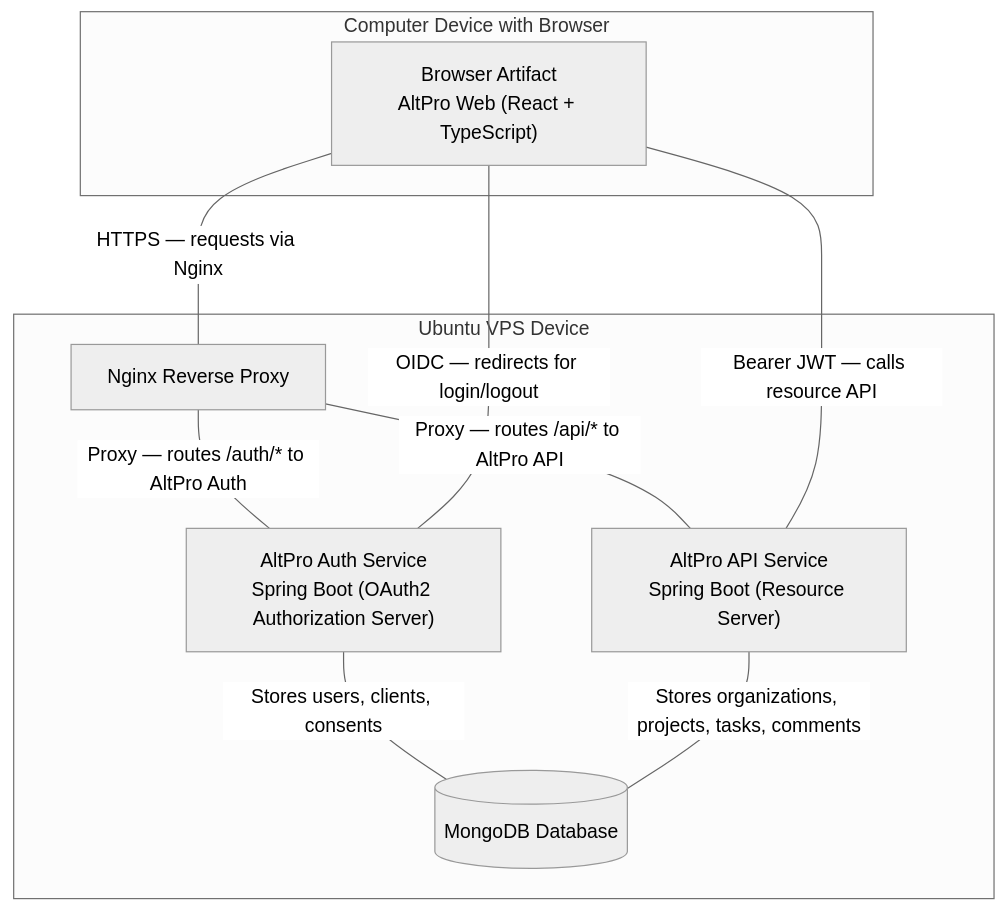
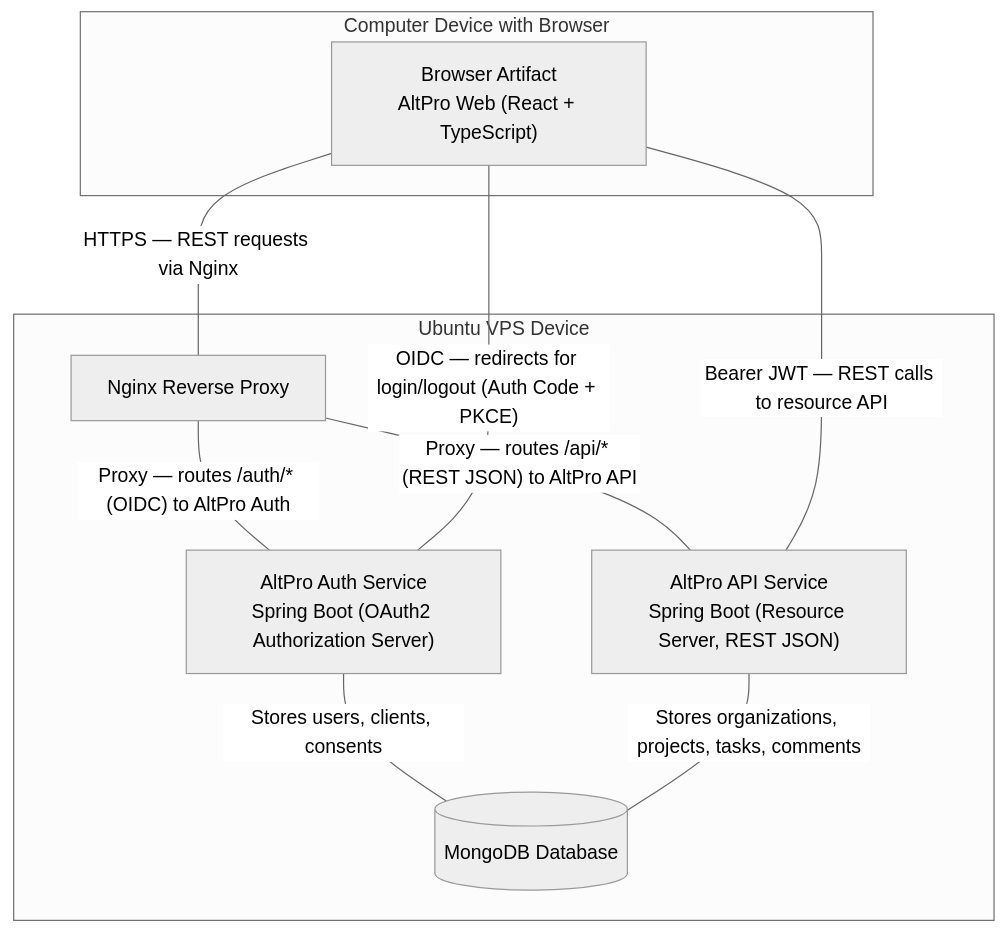
Before and after one commit to TaurasGG/altpro: the first of 10 diagrams in README.md, drawn with Mermaid (neutral theme). The commit also changed other lines of this file, not shown here.

````diff
--- a/README.md
+++ b/README.md
@@ -42,21 +42,21 @@
 ```mermaid
 flowchart TD
     subgraph Client_Device["Computer Device with Browser"]
         Browser["Browser Artifact\nAltPro Web (React + TypeScript)"]
     end
 
     subgraph Ubuntu_VPS["Ubuntu VPS Device"]
         Nginx["Nginx Reverse Proxy"]
         Auth["AltPro Auth Service\nSpring Boot (OAuth2 Authorization Server)"]
-        API["AltPro API Service\nSpring Boot (Resource Server)"]
+        API["AltPro API Service\nSpring Boot (Resource Server, REST JSON)"]
         MongoDB[("MongoDB Database")]
     end
 
-    Browser ---|"HTTPS — requests via Nginx"| Nginx
-    Nginx ---|"Proxy — routes /auth/* to AltPro Auth"| Auth
-    Nginx ---|"Proxy — routes /api/* to AltPro API"| API
+    Browser ---|"HTTPS — REST requests via Nginx"| Nginx
+    Nginx ---|"Proxy — routes /auth/* (OIDC) to AltPro Auth"| Auth
+    Nginx ---|"Proxy — routes /api/* (REST JSON) to AltPro API"| API
     Auth ---|"Stores users, clients, consents"| MongoDB
     API ---|"Stores organizations, projects, tasks, comments"| MongoDB
-    Browser ---|"OIDC — redirects for login/logout"| Auth
-    Browser ---|"Bearer JWT — calls resource API"| API
+    Browser ---|"OIDC — redirects for login/logout (Auth Code + PKCE)"| Auth
+    Browser ---|"Bearer JWT — REST calls to resource API"| API
 ```
````
